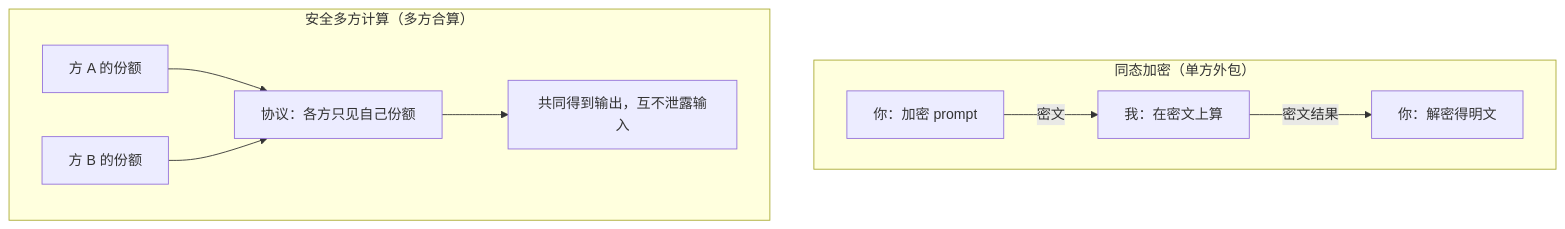
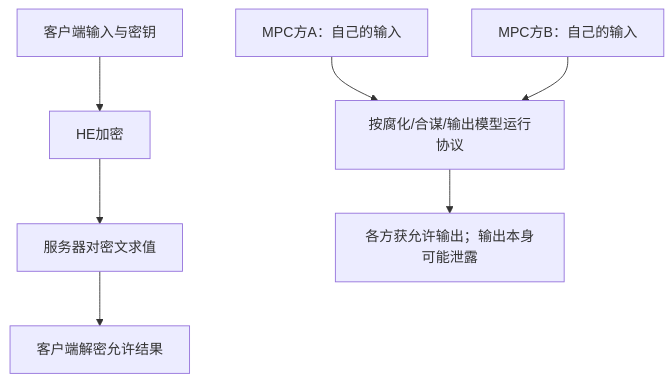
The diagram in privacy/01-foundations/he-mpc.mdx (XuebinMa/AIWiki), drawn with Mermaid before and after one commit. The commit also changed other lines of this file and 325 other files, not shown here.

````diff
--- a/privacy/01-foundations/he-mpc.mdx
+++ b/privacy/01-foundations/he-mpc.mdx
@@ -33,12 +32,9 @@
 ```mermaid
 flowchart TB
-    subgraph HE["同态加密（单方外包）"]
-      U1["你：加密 prompt"] -->|密文| Srv["我：在密文上算"]
-      Srv -->|密文结果| U1b["你：解密得明文"]
-    end
-    subgraph MPC["安全多方计算（多方合算）"]
-      A["方 A 的份额"] --> F["协议：各方只见自己份额"]
-      B["方 B 的份额"] --> F
-      F --> O["共同得到输出，互不泄露输入"]
-    end
+    U["客户端输入与密钥"] --> C["HE加密"]
+    C --> H["服务器对密文求值"]
+    H --> D["客户端解密允许结果"]
+    A["MPC方A：自己的输入"] --> P["按腐化/合谋/输出模型运行协议"]
+    B["MPC方B：自己的输入"] --> P
+    P --> O["各方获允许输出；输出本身可能泄露"]
 ```
````
